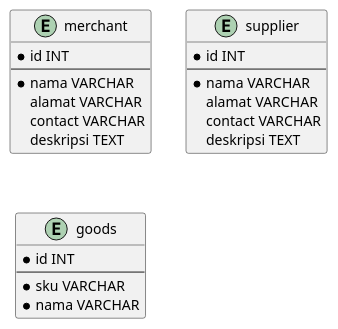
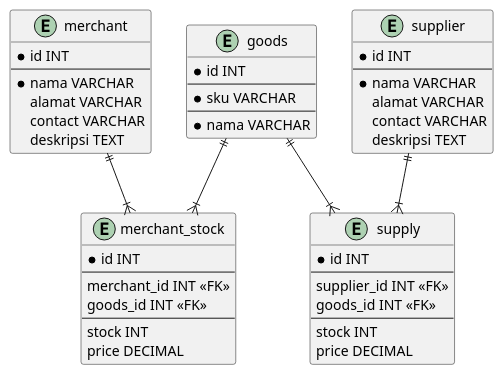
Before and after one commit to kaattuu/abucom_erd: the diagram in abucom_erd.puml, drawn with PlantUML. The commit also changed 4 other files, not shown here.

Commit message:
feat(abucom_erd): add entity merchant_stok and entity supply

```diff
--- a/abucom_erd.puml
+++ b/abucom_erd.puml
@@ -1,28 +1,55 @@
 @startuml
 
 entity merchant {
     * id INT
     --
     * nama VARCHAR
     alamat VARCHAR
     contact VARCHAR
     deskripsi TEXT
 }
 
 entity supplier {
     * id INT
     --
     * nama VARCHAR
     alamat VARCHAR
     contact VARCHAR
     deskripsi TEXT
 }
 
 entity goods {
     * id INT
     --
     * sku VARCHAR
+    --
     * nama VARCHAR
 }
 
+entity merchant_stock {
+    * id INT
+    --
+    merchant_id INT <<FK>>
+    goods_id INT <<FK>>
+    --
+    stock INT
+    price DECIMAL
+}
+
+entity supply {
+    * id INT
+    --
+    supplier_id INT <<FK>>
+    goods_id INT <<FK>>
+    --
+    stock INT
+    price DECIMAL
+}
+
+merchant ||--|{ merchant_stock
+goods ||--|{ merchant_stock
+
+supplier ||--|{ supply
+goods ||--|{ supply
+
 @enduml
```
